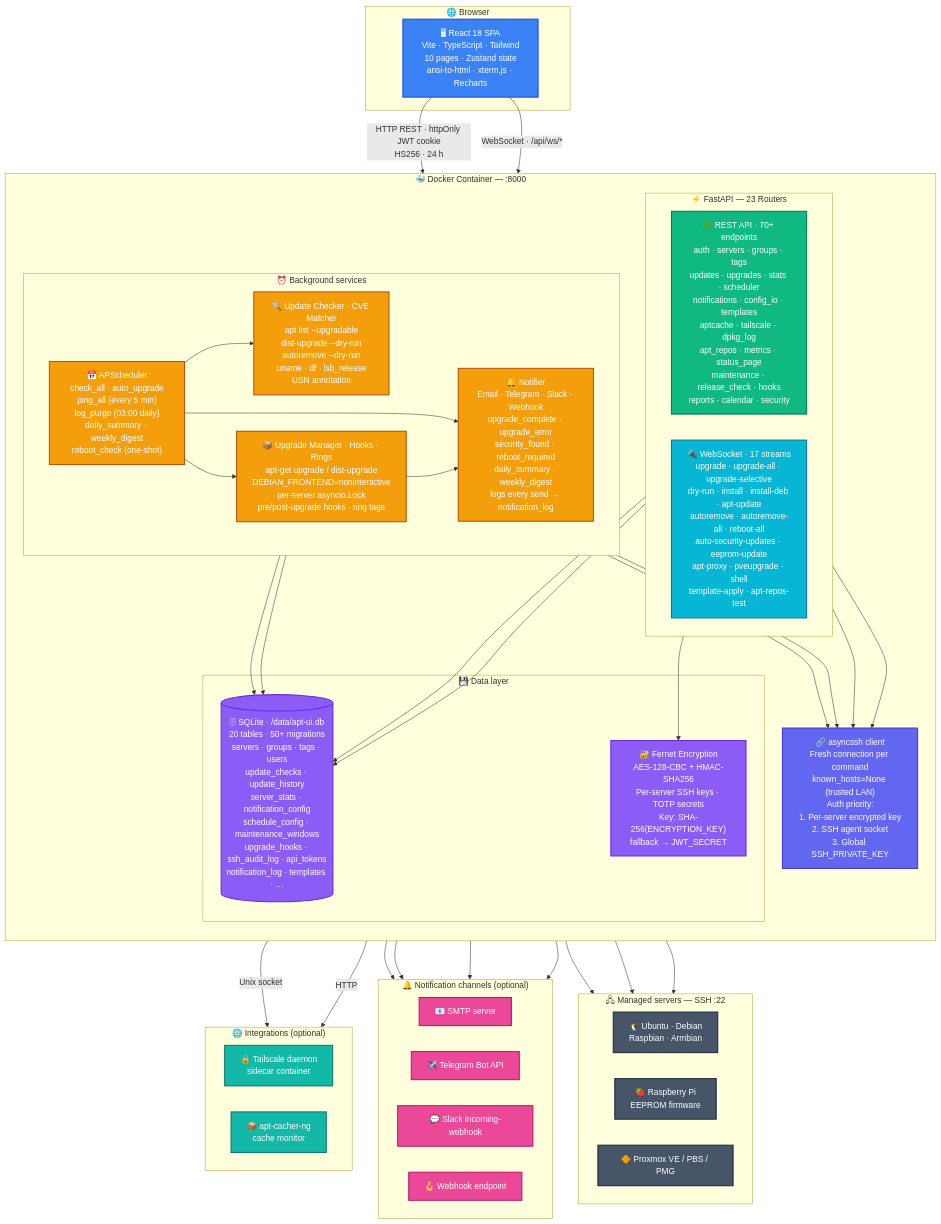
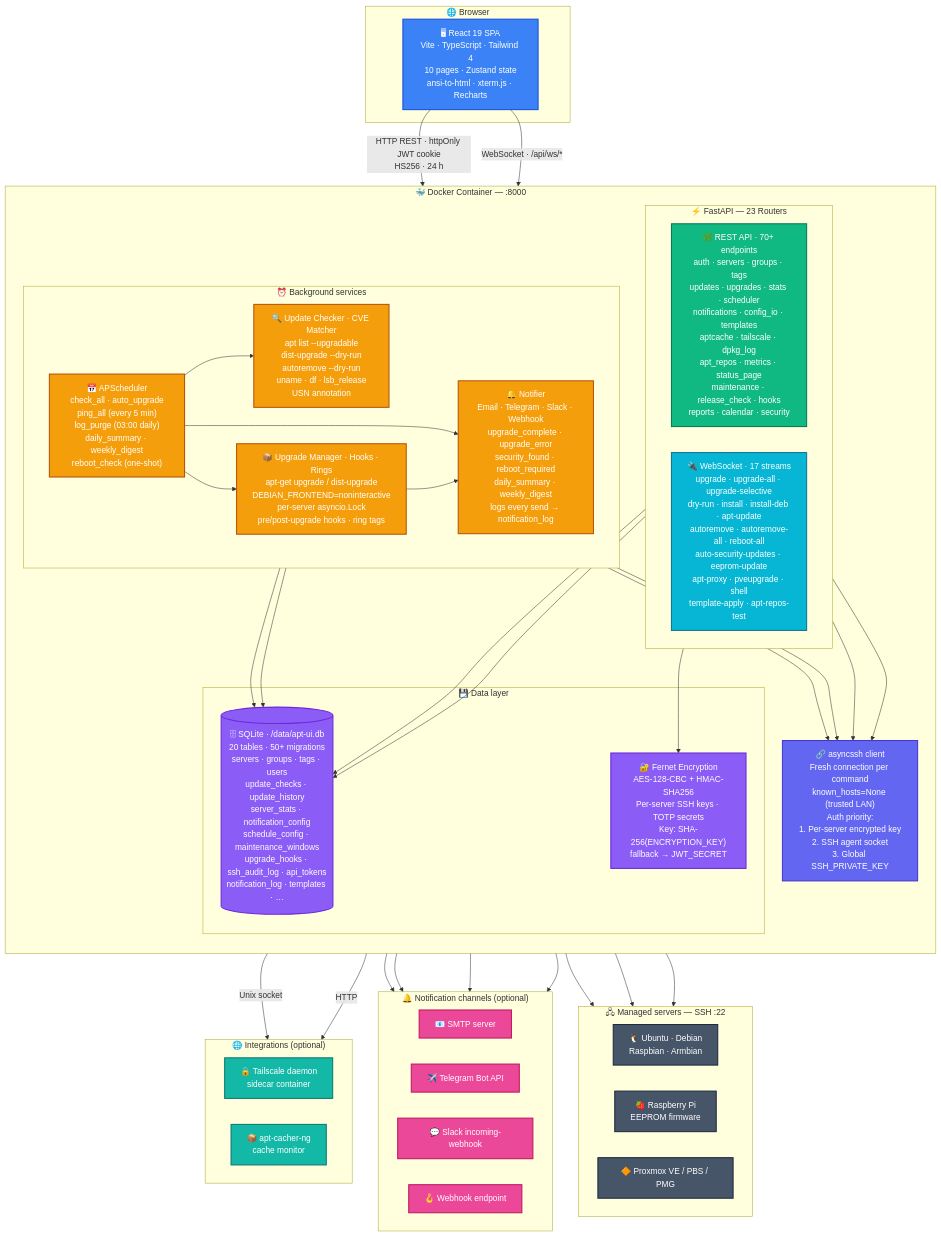
Before and after one commit to mzac/apt-ui: the first of 2 diagrams in ARCHITECTURE.md, drawn with Mermaid. The commit also changed other lines of this file and 2 other files, not shown here.

First line of the commit message:
docs: record the dependency upgrades (React 19 / Tailwind 4 / TS 7 / node 22)

````diff
--- a/ARCHITECTURE.md
+++ b/ARCHITECTURE.md
@@ -11,7 +11,7 @@
 ```mermaid
 flowchart TB
     subgraph browser["🌐 Browser"]
-        SPA["🖥 React 18 SPA<br/>Vite · TypeScript · Tailwind<br/>10 pages · Zustand state<br/>ansi-to-html · xterm.js · Recharts"]
+        SPA["🖥 React 19 SPA<br/>Vite · TypeScript · Tailwind 4<br/>10 pages · Zustand state<br/>ansi-to-html · xterm.js · Recharts"]
     end
 
     subgraph container["🐳 Docker Container — :8000"]
````
